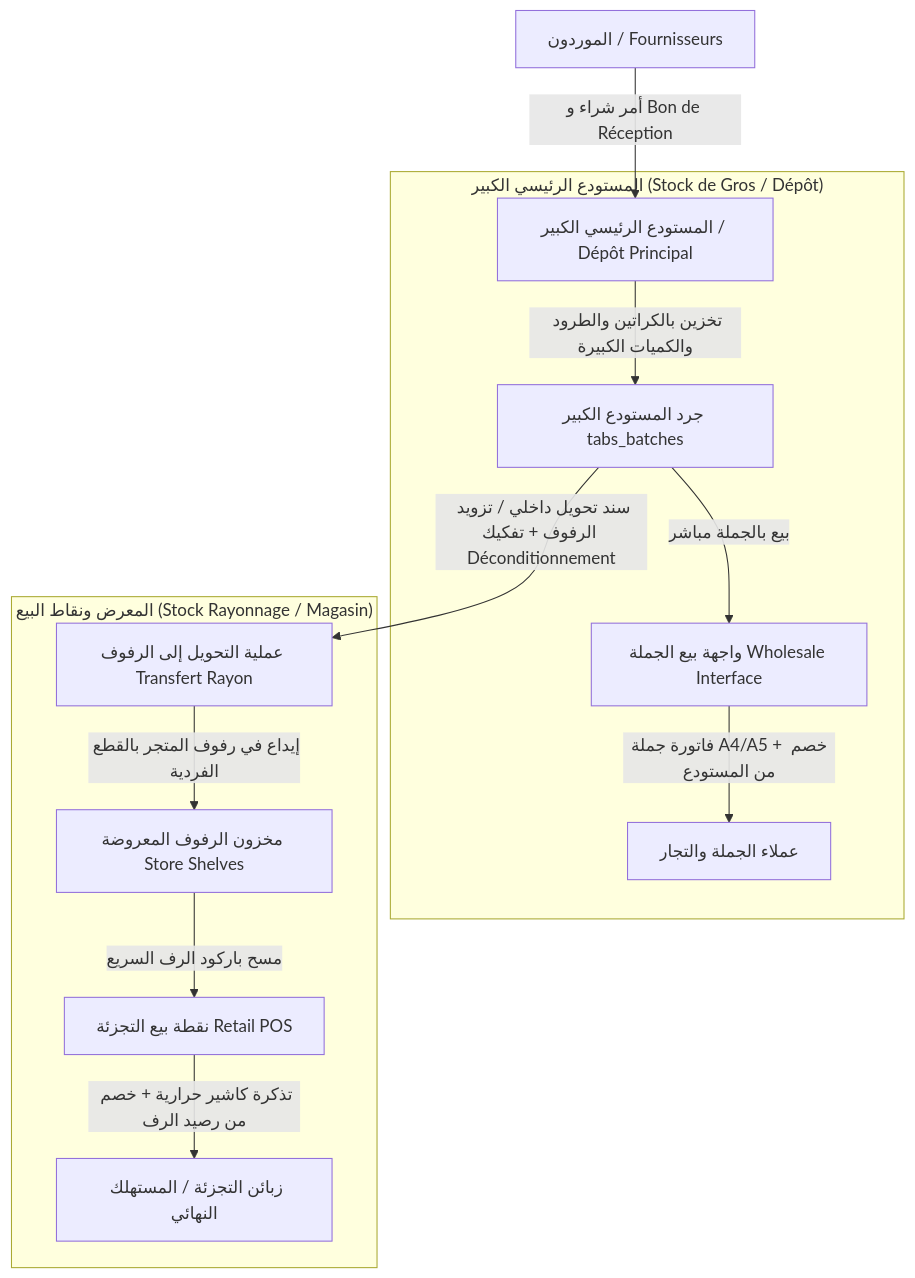
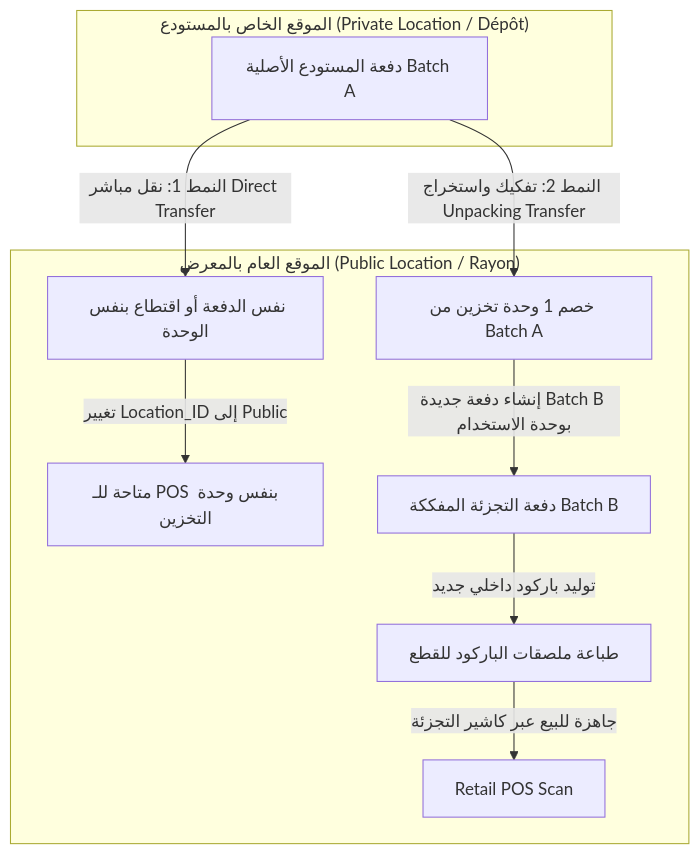
The diagram in docs/architecture_depot_rayon_gros_detail.md (MohammedBoure/StockLamPlus), drawn with Mermaid before and after one commit. The commit also changed other lines of this file and 3 other files, not shown here.

Commit message:
docs: update architectural documentation with single-table location-visibility and unpacking transfer model

````diff
--- a/docs/architecture_depot_rayon_gros_detail.md
+++ b/docs/architecture_depot_rayon_gros_detail.md
@@ -31,18 +42,16 @@
 ```mermaid
 graph TD
-    A[الموردون / Fournisseurs] -->|أمر شراء و Bon de Réception| B[المستودع الرئيسي الكبير / Dépôt Principal]
-    
-    subgraph "المستودع الرئيسي الكبير (Stock de Gros / Dépôt)"
-        B -->|تخزين بالكراتين والطرود والكميات الكبيرة| B1[جرد المستودع الكبير tabs_batches]
-        B1 -->|بيع بالجملة مباشر| C[واجهة بيع الجملة Wholesale Interface]
-        C -->|فاتورة جملة A4/A5 + خصم من المستودع| D[عملاء الجملة والتجار]
+    subgraph "الموقع الخاص بالمستودع (Private Location / Dépôt)"
+        A[دفعة المستودع الأصلية Batch A]
     end
-    
-    B1 -->|سند تحويل داخلي / تزويد الرفوف + تفكيك Déconditionnement| E[عملية التحويل إلى الرفوف Transfert Rayon]
-    
-    subgraph "المعرض ونقاط البيع (Stock Rayonnage / Magasin)"
-        E -->|إيداع في رفوف المتجر بالقطع الفردية| F[مخزون الرفوف المعروضة Store Shelves]
-        F -->|مسح باركود الرف السريع| G[نقطة بيع التجزئة Retail POS]
-        G -->|تذكرة كاشير حرارية + خصم من رصيد الرف| H[زبائن التجزئة / المستهلك النهائي]
+
+    A -->|النمط 1: نقل مباشر Direct Transfer| B[نفس الدفعة أو اقتطاع بنفس الوحدة]
+    A -->|النمط 2: تفكيك واستخراج Unpacking Transfer| C[خصم 1 وحدة تخزين من Batch A]
+
+    subgraph "الموقع العام بالمعرض (Public Location / Rayon)"
+        B -->|تغيير Location_ID إلى Public| D[متاحة للـ POS بنفس وحدة التخزين]
+        C -->|إنشاء دفعة جديدة Batch B بوحدة الاستخدام| E[دفعة التجزئة المفككة Batch B]
+        E -->|توليد باركود داخلي جديد| F[طباعة ملصقات الباركود للقطع]
+        F -->|جاهزة للبيع عبر كاشير التجزئة| G[Retail POS Scan]
     end
 ```
````
